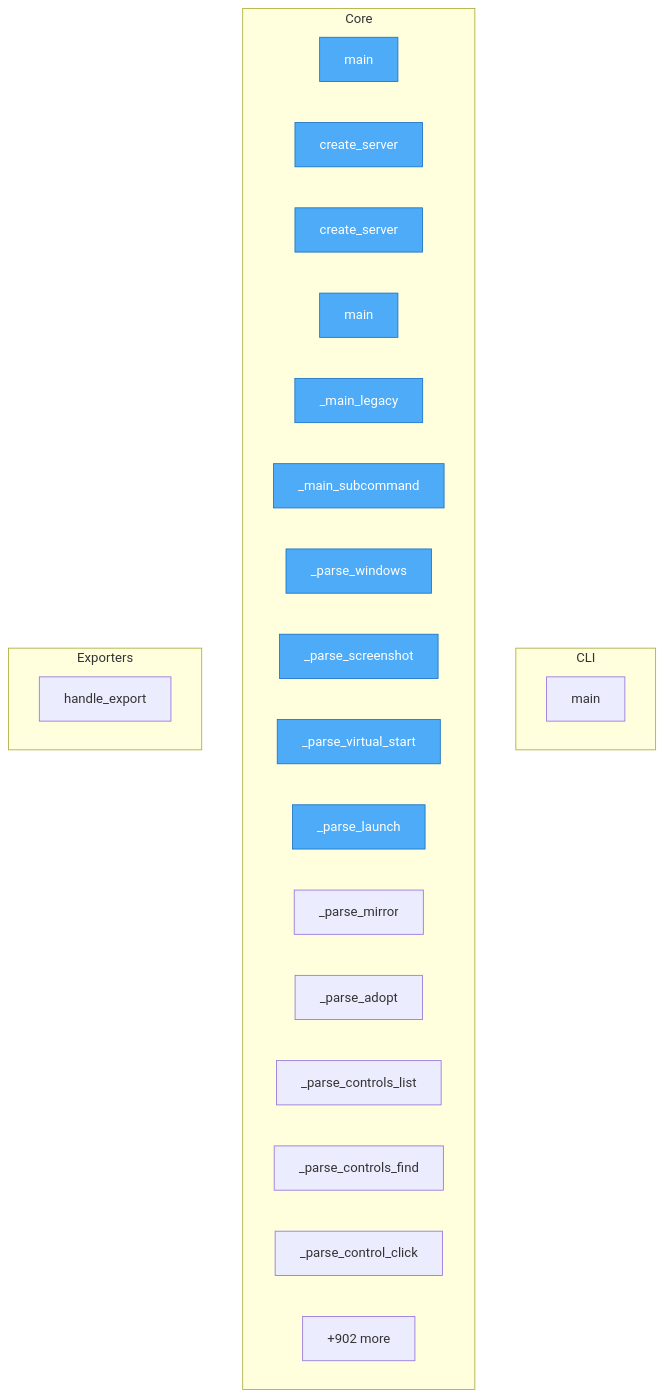
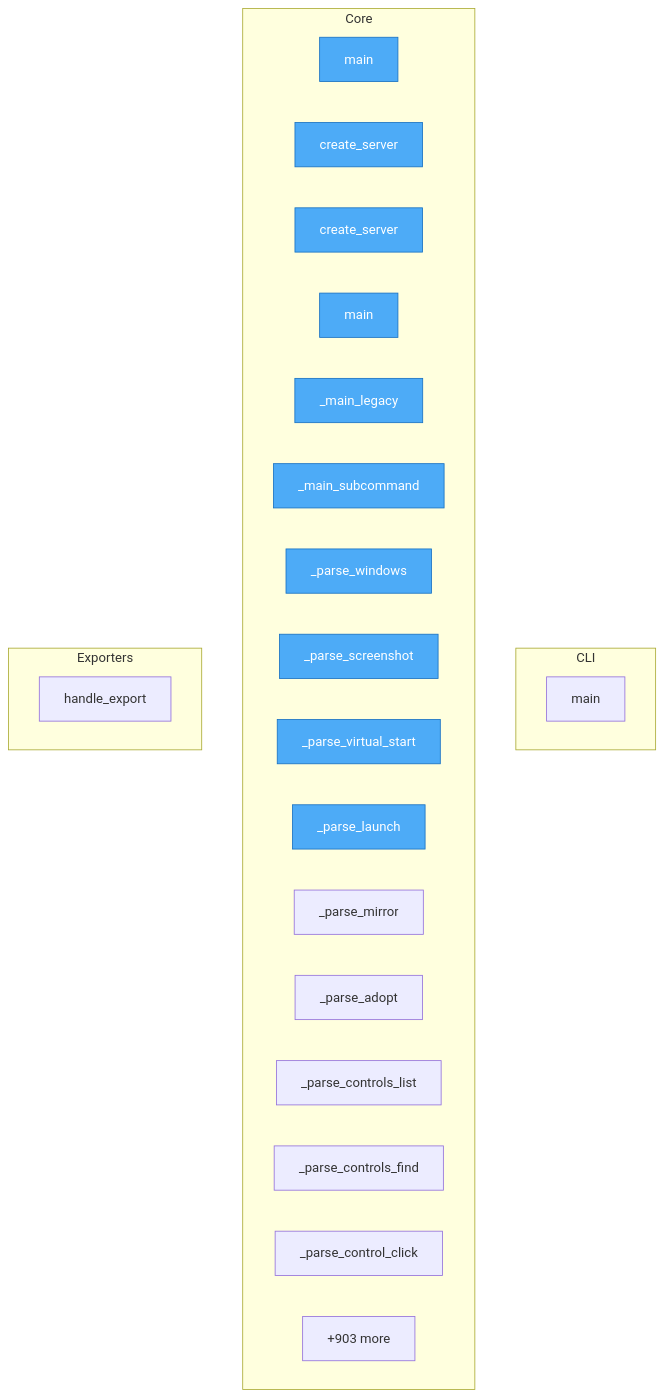
The diagram in project/flow.mmd (wronai/vdisplay), drawn with Mermaid before and after one commit. The commit also changed 40 other files, not shown here.

```diff
--- a/project/flow.mmd
+++ b/project/flow.mmd
@@ -1,34 +1,34 @@
 flowchart TD
-%% generated in 0.09s
+%% generated in 0.18s
 
     %% Entry points (blue)
     classDef entry fill:#4dabf7,stroke:#1971c2,color:#fff
 
     subgraph CLI
         packages__cli2vdisplay__src__cli2vdisplay__cli__main["main"]
     end
 
     subgraph Core
         packages__mcp2vdisplay__src__mcp2vdisplay__cli__main["main"]
         packages__mcp2vdisplay__src__mcp2vdisplay__cli__create_server["create_server"]
         packages__mcp2vdisplay__src__mcp2vdisplay__server__create_server["create_server"]
         packages__dsl2vdisplay__src__dsl2vdisplay__cli__main["main"]
         packages__dsl2vdisplay__src__dsl2vdisplay__cli___main_legacy["_main_legacy"]
         packages__dsl2vdisplay__src__dsl2vdisplay__cli___main_subcommand["_main_subcommand"]
         packages__dsl2vdisplay__src__dsl2vdisplay__grammar___parse_windows["_parse_windows"]
         packages__dsl2vdisplay__src__dsl2vdisplay__grammar___parse_screenshot["_parse_screenshot"]
         packages__dsl2vdisplay__src__dsl2vdisplay__grammar___parse_virtual_start["_parse_virtual_start"]
         packages__dsl2vdisplay__src__dsl2vdisplay__grammar___parse_launch["_parse_launch"]
         packages__dsl2vdisplay__src__dsl2vdisplay__grammar___parse_mirror["_parse_mirror"]
         packages__dsl2vdisplay__src__dsl2vdisplay__grammar___parse_adopt["_parse_adopt"]
         packages__dsl2vdisplay__src__dsl2vdisplay__grammar___parse_controls_list["_parse_controls_list"]
         packages__dsl2vdisplay__src__dsl2vdisplay__grammar___parse_controls_find["_parse_controls_find"]
         packages__dsl2vdisplay__src__dsl2vdisplay__grammar___parse_control_click["_parse_control_click"]
-        ...["+902 more"]
+        ...["+903 more"]
     end
 
     subgraph Exporters
         src__vdisplay__commands__session__handle_export["handle_export"]
     end
 
     class packages__mcp2vdisplay__src__mcp2vdisplay__cli__main,packages__mcp2vdisplay__src__mcp2vdisplay__cli__create_server,packages__mcp2vdisplay__src__mcp2vdisplay__server__create_server,packages__dsl2vdisplay__src__dsl2vdisplay__cli__main,packages__dsl2vdisplay__src__dsl2vdisplay__cli___main_legacy,packages__dsl2vdisplay__src__dsl2vdisplay__cli___main_subcommand,packages__dsl2vdisplay__src__dsl2vdisplay__grammar___parse_windows,packages__dsl2vdisplay__src__dsl2vdisplay__grammar___parse_screenshot,packages__dsl2vdisplay__src__dsl2vdisplay__grammar___parse_virtual_start,packages__dsl2vdisplay__src__dsl2vdisplay__grammar___parse_launch entry
```
